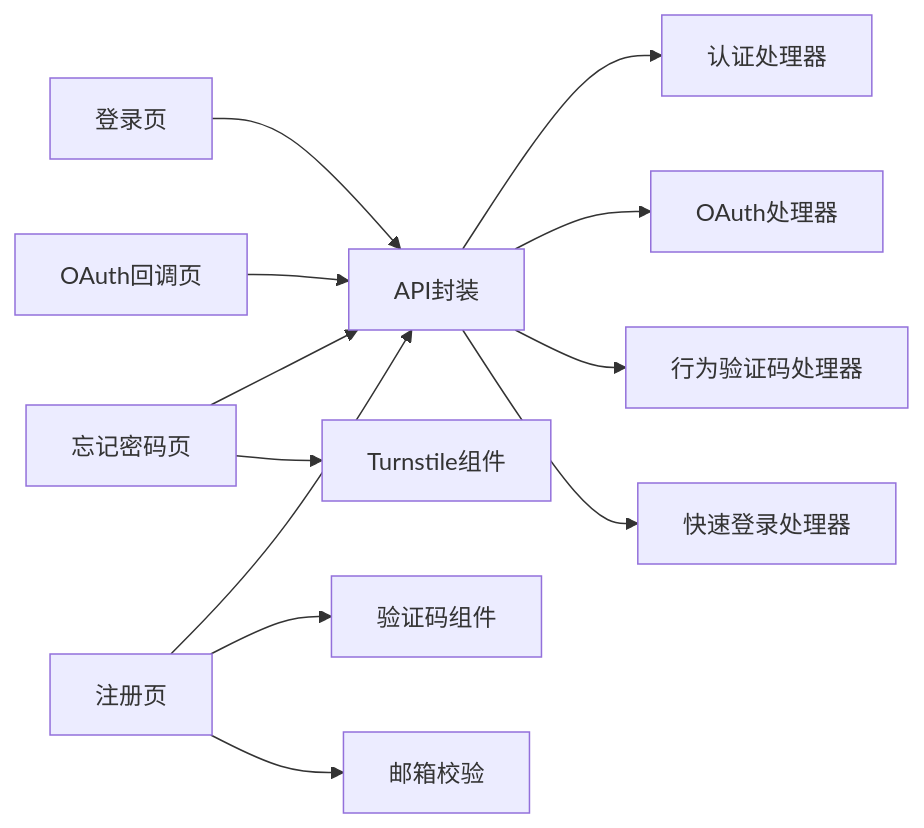
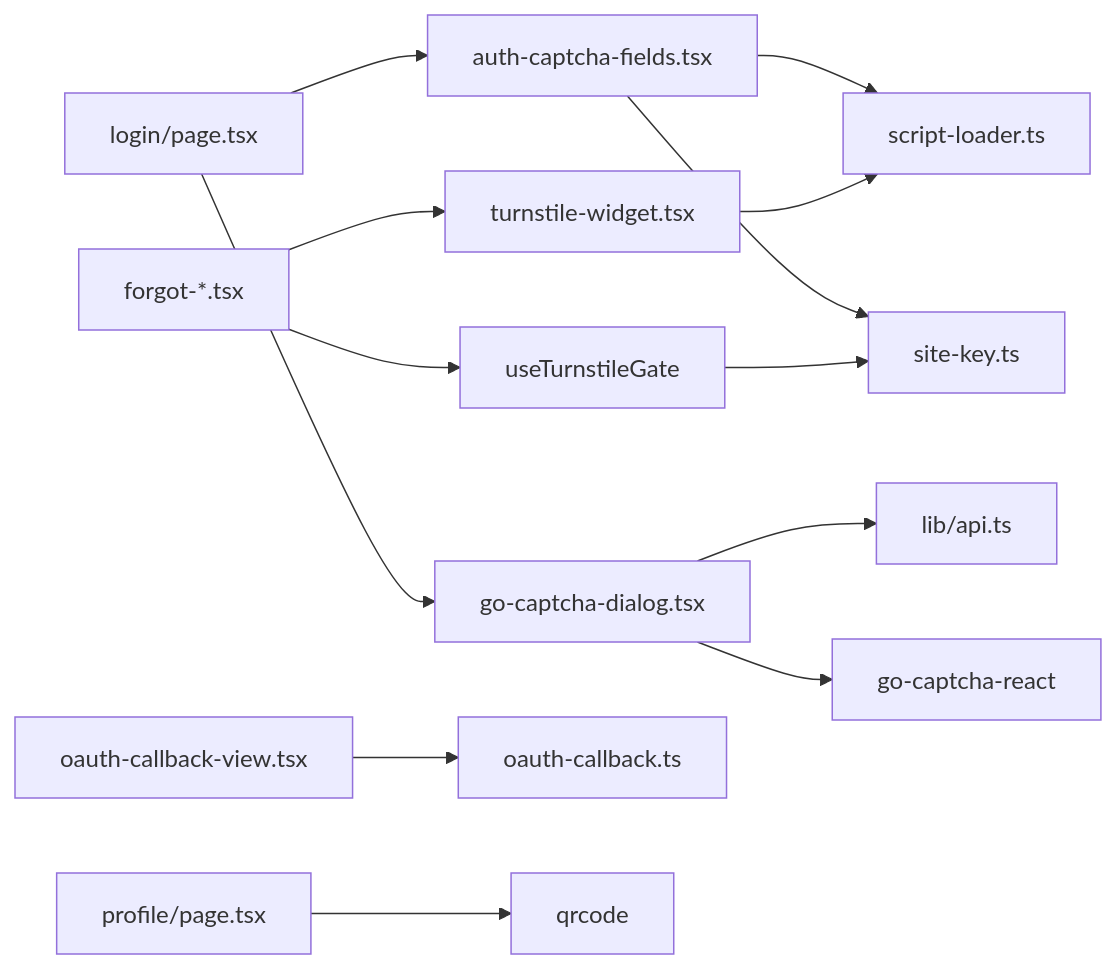
Before and after one commit to x01n/dnsplane: the sixth of 6 diagrams in docs/前端开发指南/表单验证与认证.md, drawn with Mermaid. The commit also changed other lines of this file and 326 other files, not shown here.

````diff
--- a/docs/前端开发指南/表单验证与认证.md
+++ b/docs/前端开发指南/表单验证与认证.md
@@ -383,14 +611,15 @@
 ```mermaid
 graph LR
-FE_LOGIN["登录页"] --> API["API封装"]
-FE_REG["注册页"] --> API
-FE_FORGOT["忘记密码页"] --> API
-FE_OAUTH["OAuth回调页"] --> API
-API --> AUTH["认证处理器"]
-API --> OAUTH["OAuth处理器"]
-API --> BEC["行为验证码处理器"]
-API --> QL["快速登录处理器"]
-FE_REG --> CAP["验证码组件"]
-FE_FORGOT --> TURN["Turnstile组件"]
-FE_REG --> EMAIL["邮箱校验"]
+LOGIN["login/page.tsx"] --> ACF["auth-captcha-fields.tsx"]
+LOGIN --> GCD["go-captcha-dialog.tsx"]
+FP["forgot-*.tsx"] --> TW["turnstile-widget.tsx"]
+FP --> HK["useTurnstileGate"]
+ACF --> SL["script-loader.ts"]
+TW --> SL
+ACF --> SK["site-key.ts"]
+HK --> SK
+GCD --> API["lib/api.ts"]
+GCD --> GCR["go-captcha-react"]
+OCV["oauth-callback-view.tsx"] --> OCE["oauth-callback.ts"]
+PROFILE["profile/page.tsx"] --> QR["qrcode"]
 ```
````
